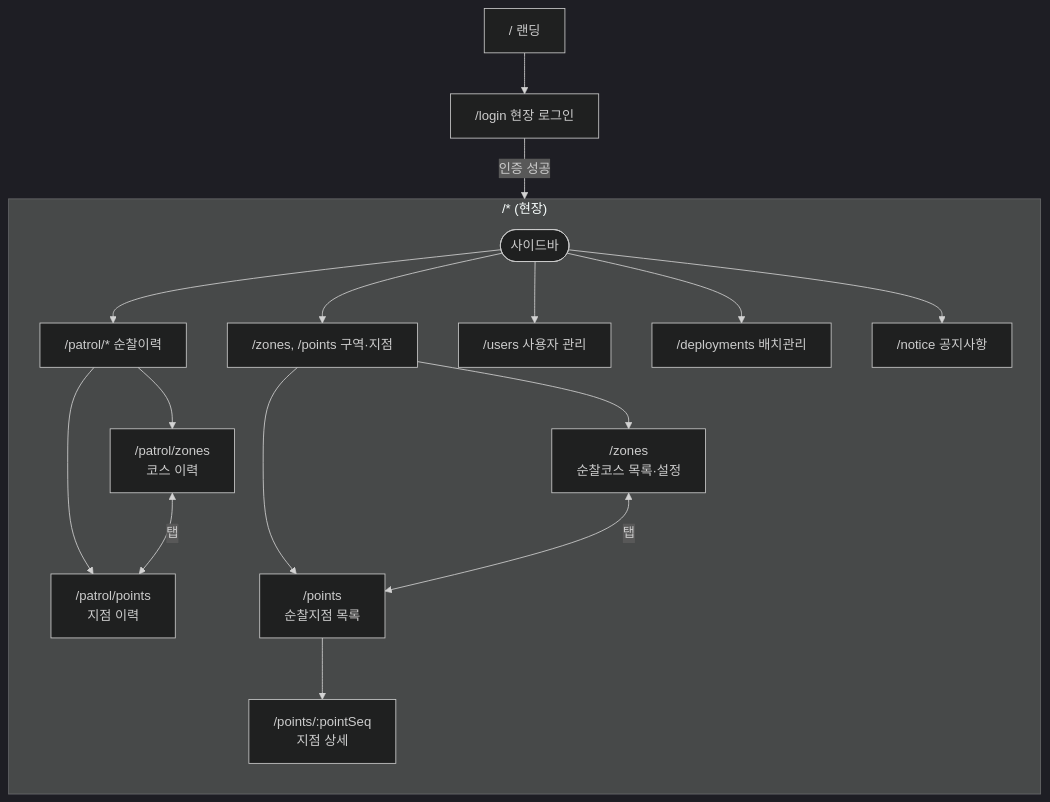
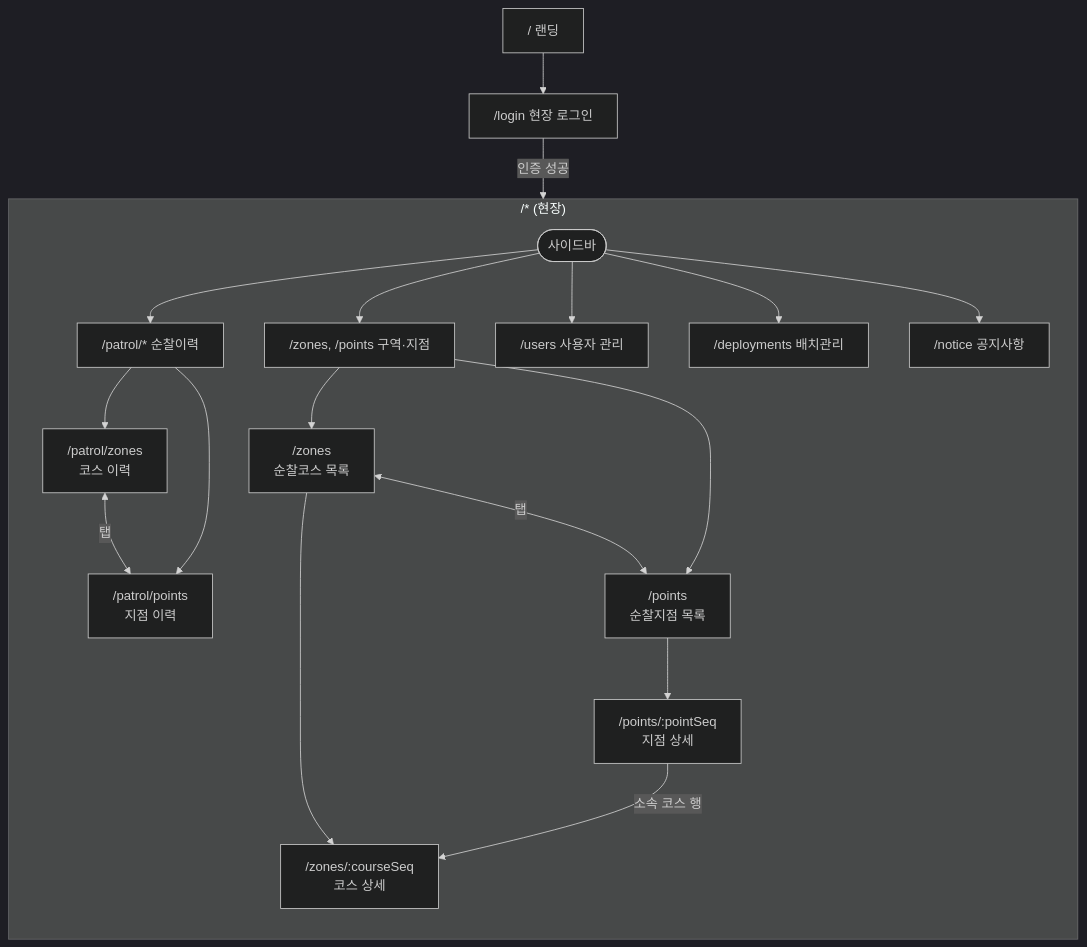
One commit to S-Tec-System-R-D/s-patrol_fe changed the second of 15 diagrams in docs/flow.md. Above: the diagram before and after it, drawn with Mermaid. The commit also changed other lines of this file and 13 other files, not shown here.

````diff
--- a/docs/flow.md
+++ b/docs/flow.md
@@ -83,28 +83,30 @@
 ```mermaid
 %%{init: {'theme':'dark'}}%%
 flowchart TB
     Landing["/ 랜딩"]
     Login["/login 현장 로그인"]
     Landing --> Login
 
     subgraph Service["/* (현장)"]
         direction TB
         SBar([사이드바])
         SBar --> Patrol["/patrol/* 순찰이력"]
         SBar --> ZP["/zones, /points 구역·지점"]
         SBar --> Users["/users 사용자 관리"]
         SBar --> Deploy["/deployments 배치관리"]
         SBar --> Notice["/notice 공지사항"]
 
         Patrol --> PZ["/patrol/zones<br/>코스 이력"]
         Patrol --> PP["/patrol/points<br/>지점 이력"]
         PZ <-->|탭| PP
 
-        ZP --> Z["/zones<br/>순찰코스 목록·설정"]
+        ZP --> Z["/zones<br/>순찰코스 목록"]
         ZP --> P["/points<br/>순찰지점 목록"]
+        Z --> ZD["/zones/:courseSeq<br/>코스 상세"]
         P --> PD["/points/:pointSeq<br/>지점 상세"]
+        PD -- "소속 코스 행" --> ZD
         Z <-->|탭| P
     end
 
     Login -- 인증 성공 --> SBar
 ```
````
